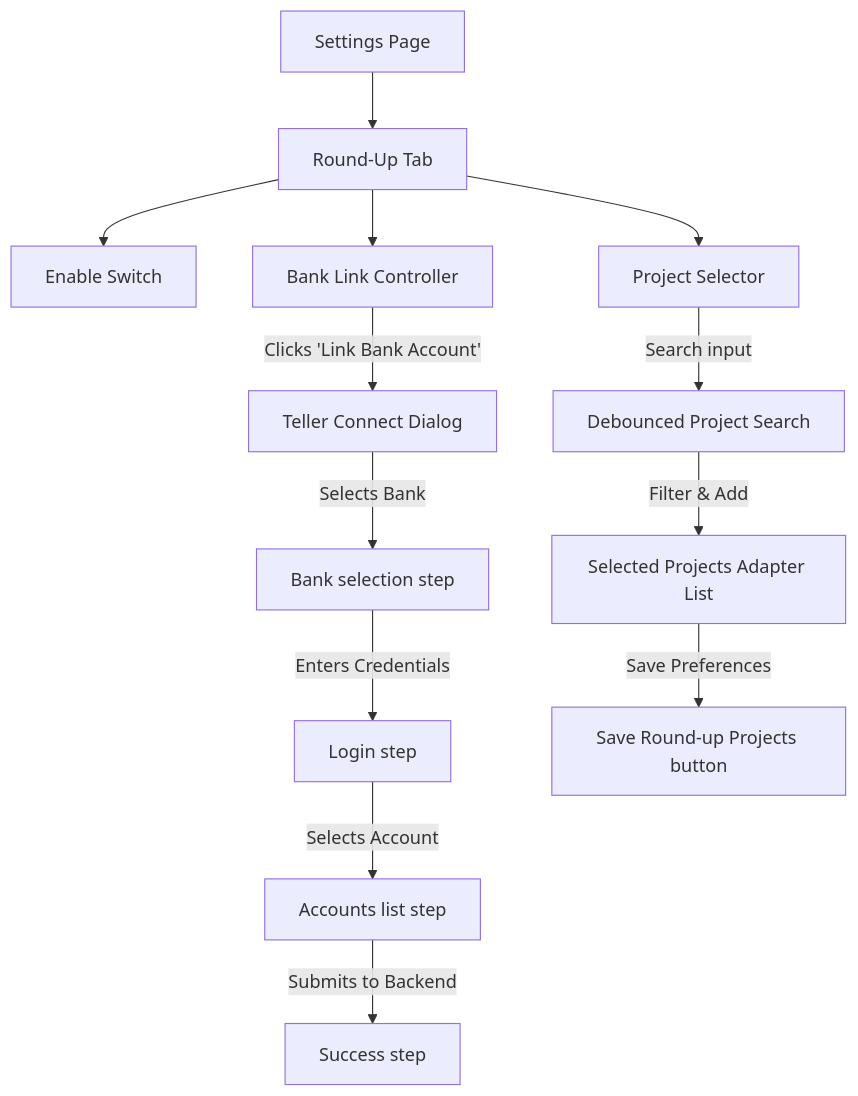
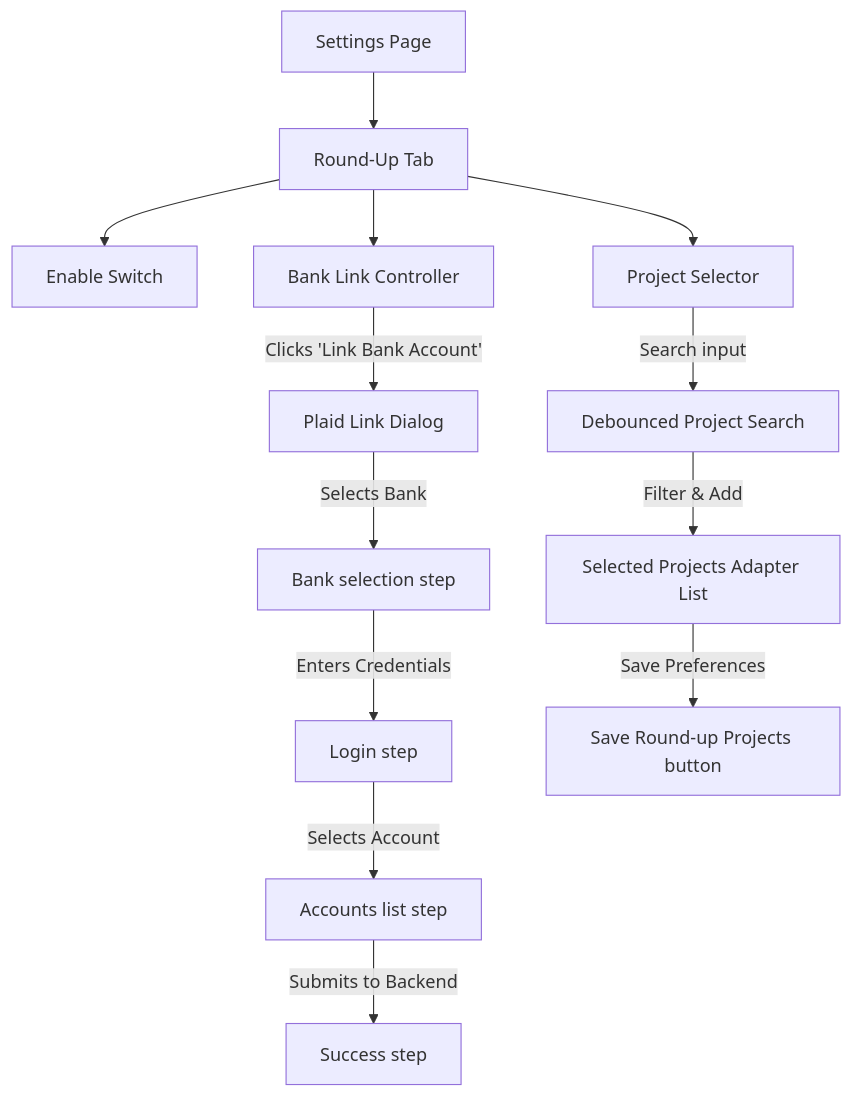
Before and after one commit to FlaggIgbo/green-initiatives: the diagram in client/README.md, drawn with Mermaid. The commit also changed other lines of this file and 45 other files, not shown here.

Commit message:
feat: replace Teller with Plaid, add roadmap stubs, Playwright screenshots/E2E flow, and ADRs

````diff
--- a/client/README.md
+++ b/client/README.md
@@ -28,15 +28,15 @@
 ```mermaid
 graph TD
     A[Settings Page] --> B[Round-Up Tab]
     B --> C[Enable Switch]
     B --> D[Bank Link Controller]
     B --> E[Project Selector]
-    D -->|Clicks 'Link Bank Account'| F[Teller Connect Dialog]
+    D -->|Clicks 'Link Bank Account'| F[Plaid Link Dialog]
     F -->|Selects Bank| G[Bank selection step]
     G -->|Enters Credentials| H[Login step]
     H -->|Selects Account| I[Accounts list step]
     I -->|Submits to Backend| J[Success step]
     E -->|Search input| K[Debounced Project Search]
     K -->|Filter & Add| L[Selected Projects Adapter List]
     L -->|Save Preferences| M[Save Round-up Projects button]
 ```
````
